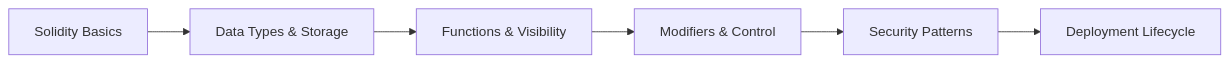
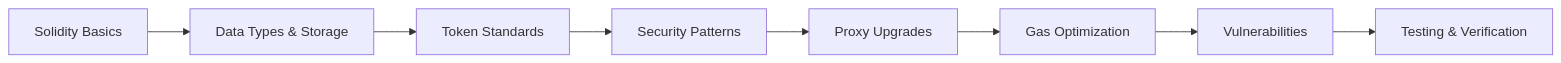
The first of 3 diagrams in docs/courses/blockchain/06-solidity.md (Raushan666java/ai-engineering-journey), drawn with Mermaid before and after one commit. The commit also changed other lines of this file and 62 other files, not shown here.

````diff
--- a/docs/courses/blockchain/06-solidity.md
+++ b/docs/courses/blockchain/06-solidity.md
@@ -27,8 +33,10 @@
 ```mermaid
 flowchart LR
     A[Solidity Basics] --> B[Data Types & Storage]
-    B --> C[Functions & Visibility]
-    C --> D[Modifiers & Control]
-    D --> E[Security Patterns]
-    E --> F[Deployment Lifecycle]
+    B --> C[Token Standards]
+    C --> D[Security Patterns]
+    D --> E[Proxy Upgrades]
+    E --> F[Gas Optimization]
+    F --> G[Vulnerabilities]
+    G --> H[Testing & Verification]
 ```
````
